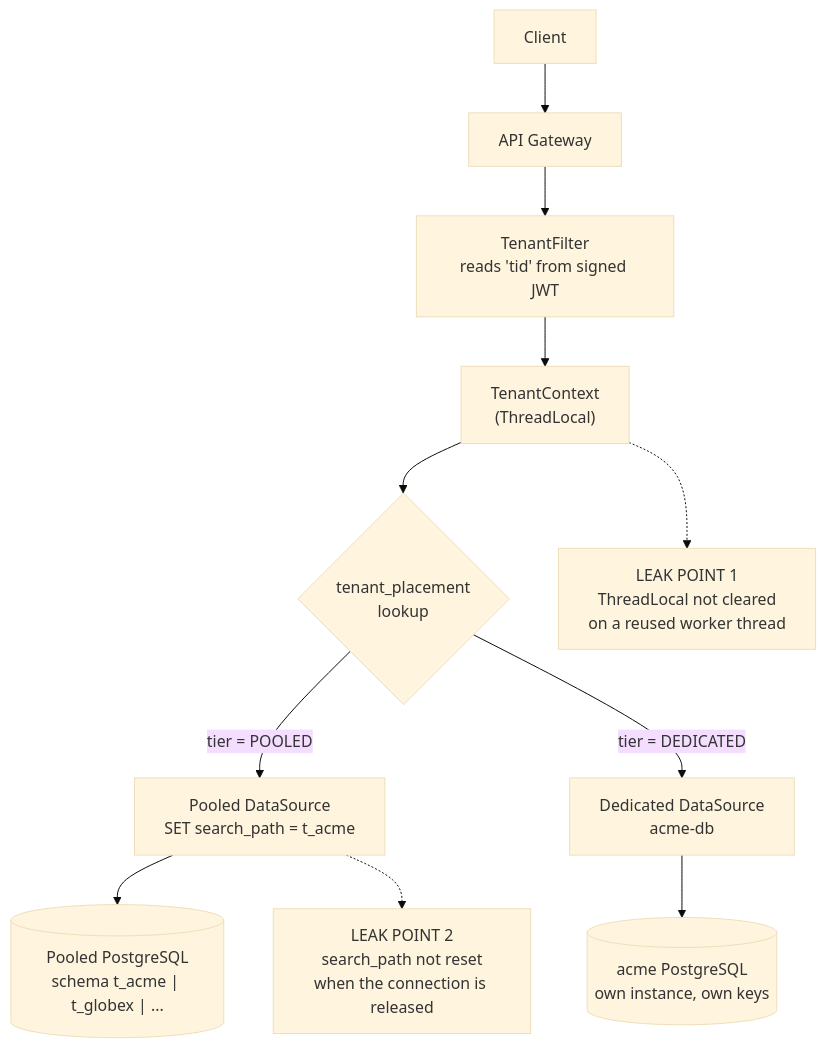
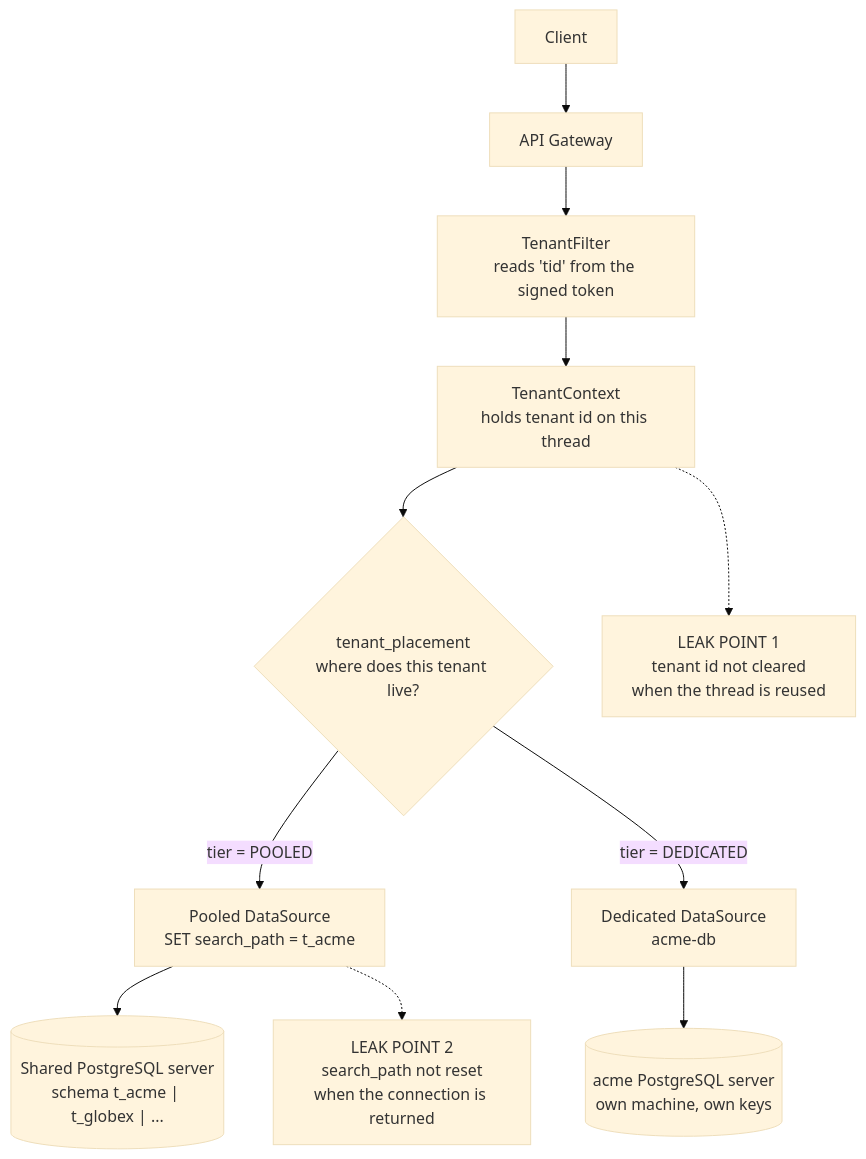
One commit to novrian/tnemsessa-aisaytirgetni changed the first of 3 diagrams in part-1/README.md. Above: the diagram before and after it, drawn with Mermaid (base theme). The commit also changed other lines of this file and 1 other file, not shown here.

````diff
--- a/part-1/README.md
+++ b/part-1/README.md
@@ -114,18 +138,18 @@
 ```mermaid
 flowchart TD
     C[Client] --> GW[API Gateway]
-    GW --> TF["TenantFilter<br/>reads 'tid' from signed JWT"]
-    TF --> TC["TenantContext<br/>(ThreadLocal)"]
-    TC --> PL{"tenant_placement<br/>lookup"}
+    GW --> TF["TenantFilter<br/>reads 'tid' from the signed token"]
+    TF --> TC["TenantContext<br/>holds tenant id on this thread"]
+    TC --> PL{"tenant_placement<br/>where does this tenant live?"}
 
-    PL -->|tier = POOLED| PDS["Pooled DataSource<br/>SET search_path = t_acme"]
-    PL -->|tier = DEDICATED| DDS["Dedicated DataSource<br/>acme-db"]
+    PL -->|"tier = POOLED"| PDS["Pooled DataSource<br/>SET search_path = t_acme"]
+    PL -->|"tier = DEDICATED"| DDS["Dedicated DataSource<br/>acme-db"]
 
-    PDS --> PDB[("Pooled PostgreSQL<br/>schema t_acme | t_globex | ...")]
-    DDS --> DDB[("acme PostgreSQL<br/>own instance, own keys")]
+    PDS --> PDB[("Shared PostgreSQL server<br/>schema t_acme | t_globex | ...")]
+    DDS --> DDB[("acme PostgreSQL server<br/>own machine, own keys")]
 
-    L1["LEAK POINT 1<br/>ThreadLocal not cleared<br/>on a reused worker thread"]
-    L2["LEAK POINT 2<br/>search_path not reset<br/>when the connection is released"]
+    L1["LEAK POINT 1<br/>tenant id not cleared<br/>when the thread is reused"]
+    L2["LEAK POINT 2<br/>search_path not reset<br/>when the connection is returned"]
     TC -.-> L1
     PDS -.-> L2
 ```
````
